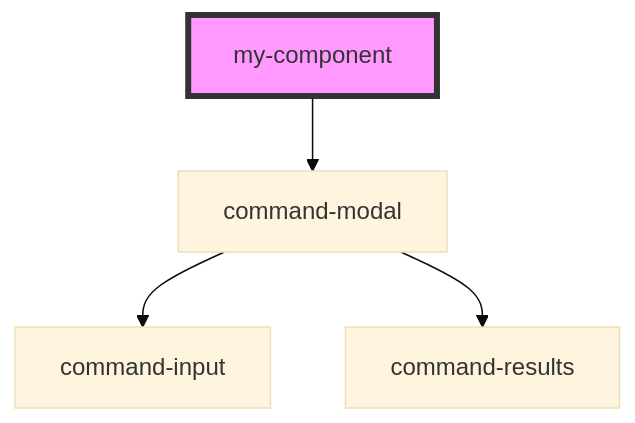
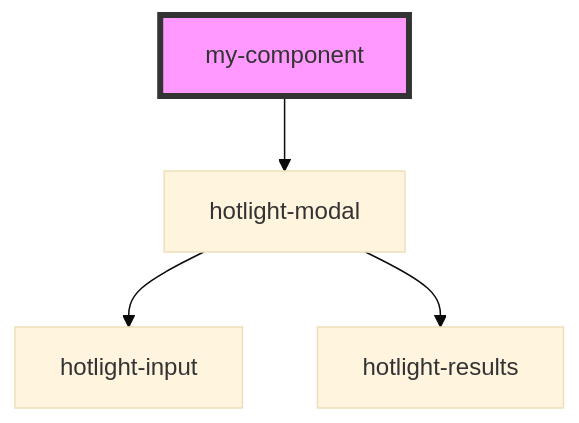
Before and after one commit to HotlightOrg/hotlight: the diagram in packages/webcomponent/src/components/my-component/readme.md, drawn with Mermaid (base theme). The commit also changed other lines of this file and 31 other files, not shown here.

````diff
--- a/packages/webcomponent/src/components/my-component/readme.md
+++ b/packages/webcomponent/src/components/my-component/readme.md
@@ -29,7 +29,7 @@
 ```mermaid
 graph TD;
-  my-component --> command-modal
-  command-modal --> command-input
-  command-modal --> command-results
+  my-component --> hotlight-modal
+  hotlight-modal --> hotlight-input
+  hotlight-modal --> hotlight-results
   style my-component fill:#f9f,stroke:#333,stroke-width:4px
 ```
````
